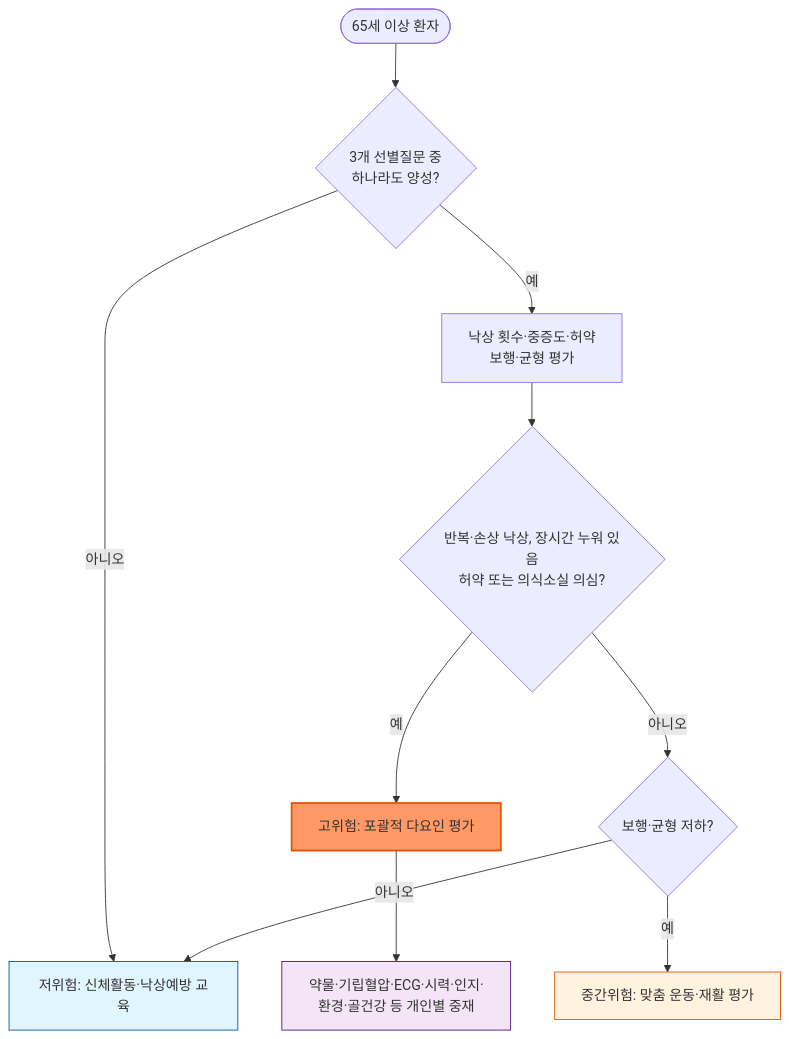
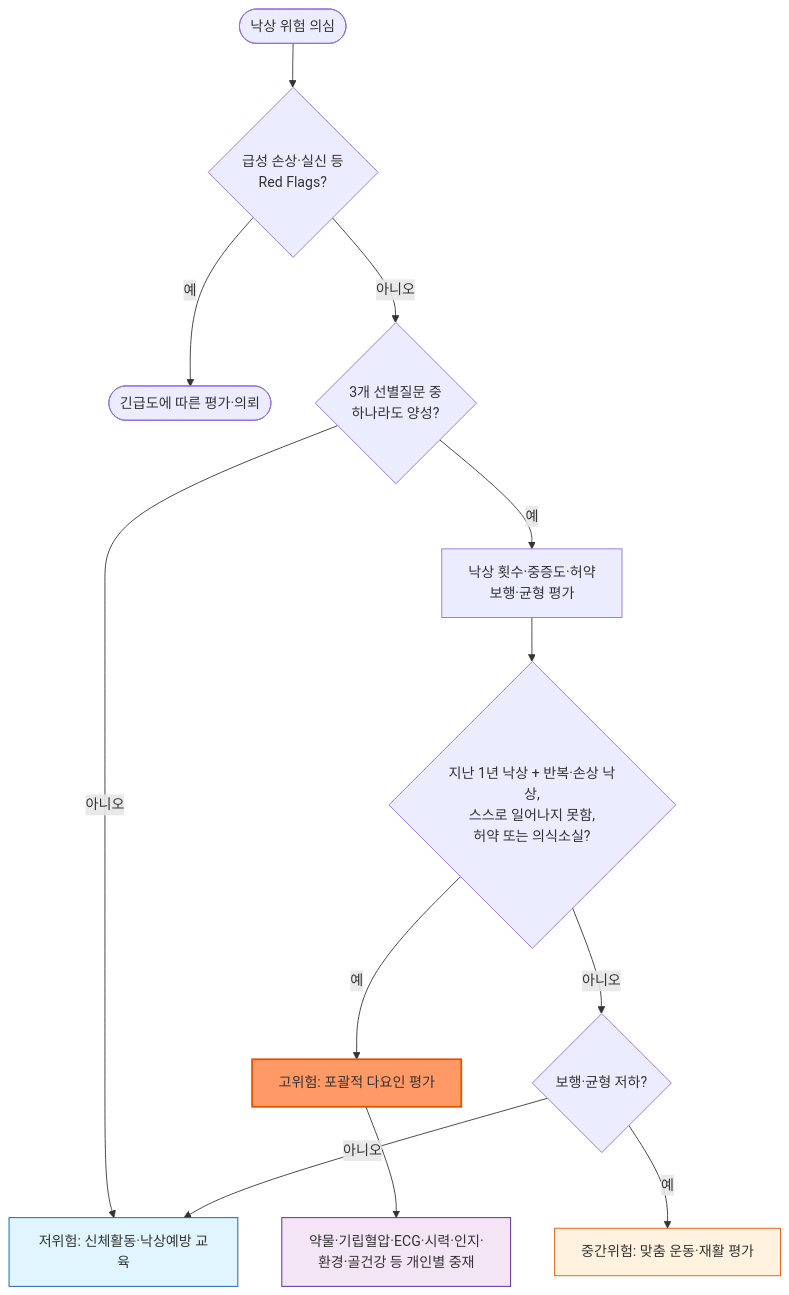
One commit to familyoh77/familyoh77 changed the first of 2 diagrams in 231_/215_-elderly.md. Above: the diagram before and after it, drawn with Mermaid. The commit also changed other lines of this file and 9 other files, not shown here.

````diff
--- a/231_/215_-elderly.md
+++ b/231_/215_-elderly.md
@@ -184,16 +186,18 @@
 ```mermaid
 graph TD
-    A([65세 이상 환자]) --> B{"3개 선별질문 중<br>하나라도 양성?"}
+    A([낙상 위험 의심]) --> X{"급성 손상·실신 등<br>Red Flags?"}
+    X -- 예 --> Y([긴급도에 따른 평가·의뢰])
+    X -- 아니오 --> B{"3개 선별질문 중<br>하나라도 양성?"}
     B -- 아니오 --> C[저위험: 신체활동·낙상예방 교육]
     B -- 예 --> D[낙상 횟수·중증도·허약<br>보행·균형 평가]
-    D --> E{"반복·손상 낙상, 장시간 누워 있음<br>허약 또는 의식소실 의심?"}
+    D --> E{"지난 1년 낙상 + 반복·손상 낙상,<br>스스로 일어나지 못함,<br>허약 또는 의식소실?"}
     E -- 예 --> F[고위험: 포괄적 다요인 평가]
     E -- 아니오 --> G{"보행·균형 저하?"}
     G -- 예 --> H[중간위험: 맞춤 운동·재활 평가]
     G -- 아니오 --> C
     F --> I[약물·기립혈압·ECG·시력·인지·환경·골건강 등 개인별 중재]
     style F fill:#f96,stroke:#e65100,stroke-width:2px
     style C fill:#e1f5fe,stroke:#01579b
     style H fill:#fff3e0,stroke:#e65100
     style I fill:#f3e5f5,stroke:#4a148c
 ```
````
